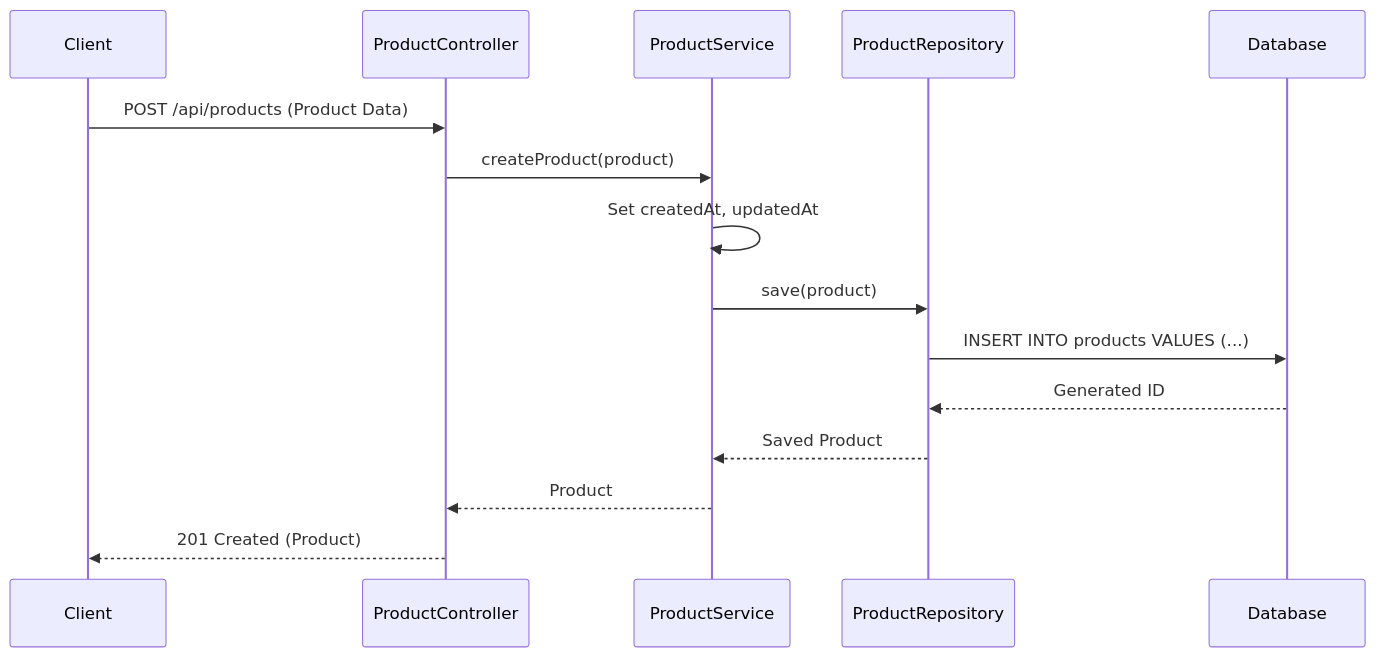
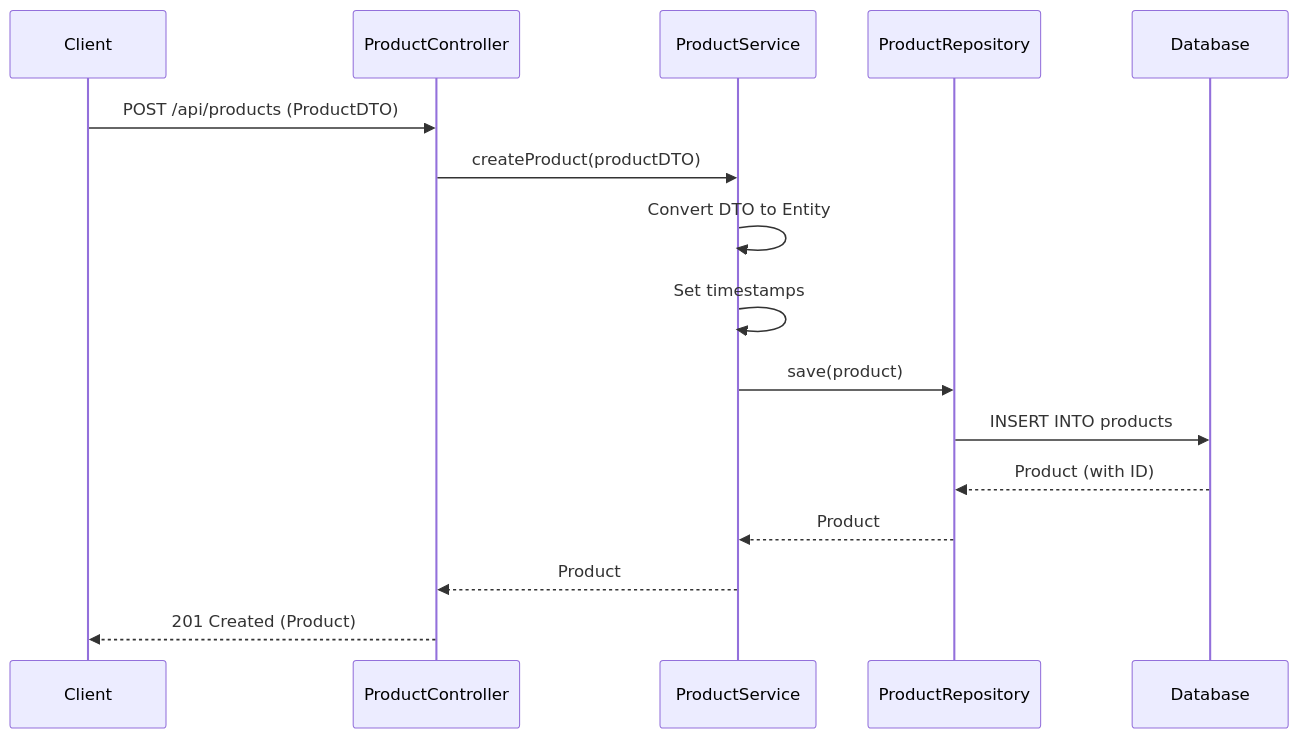
Before and after one commit to NavneetBN47/aava-ecom-demo: the fifth of 13 diagrams in docs/LLD/modified_lld.md, drawn with Mermaid. The commit also changed other lines of this file, not shown here.

````diff
--- a/docs/LLD/modified_lld.md
+++ b/docs/LLD/modified_lld.md
@@ -216,18 +238,19 @@
 ```mermaid
 sequenceDiagram
     participant Client
     participant ProductController
     participant ProductService
     participant ProductRepository
     participant Database
 
-    Client->>ProductController: POST /api/products (Product Data)
-    ProductController->>ProductService: createProduct(product)
-    ProductService->>ProductService: Set createdAt, updatedAt
+    Client->>ProductController: POST /api/products (ProductDTO)
+    ProductController->>ProductService: createProduct(productDTO)
+    ProductService->>ProductService: Convert DTO to Entity
+    ProductService->>ProductService: Set timestamps
     ProductService->>ProductRepository: save(product)
-    ProductRepository->>Database: INSERT INTO products VALUES (...)
-    Database-->>ProductRepository: Generated ID
-    ProductRepository-->>ProductService: Saved Product
+    ProductRepository->>Database: INSERT INTO products
+    Database-->>ProductRepository: Product (with ID)
+    ProductRepository-->>ProductService: Product
     ProductService-->>ProductController: Product
     ProductController-->>Client: 201 Created (Product)
 ```
````
